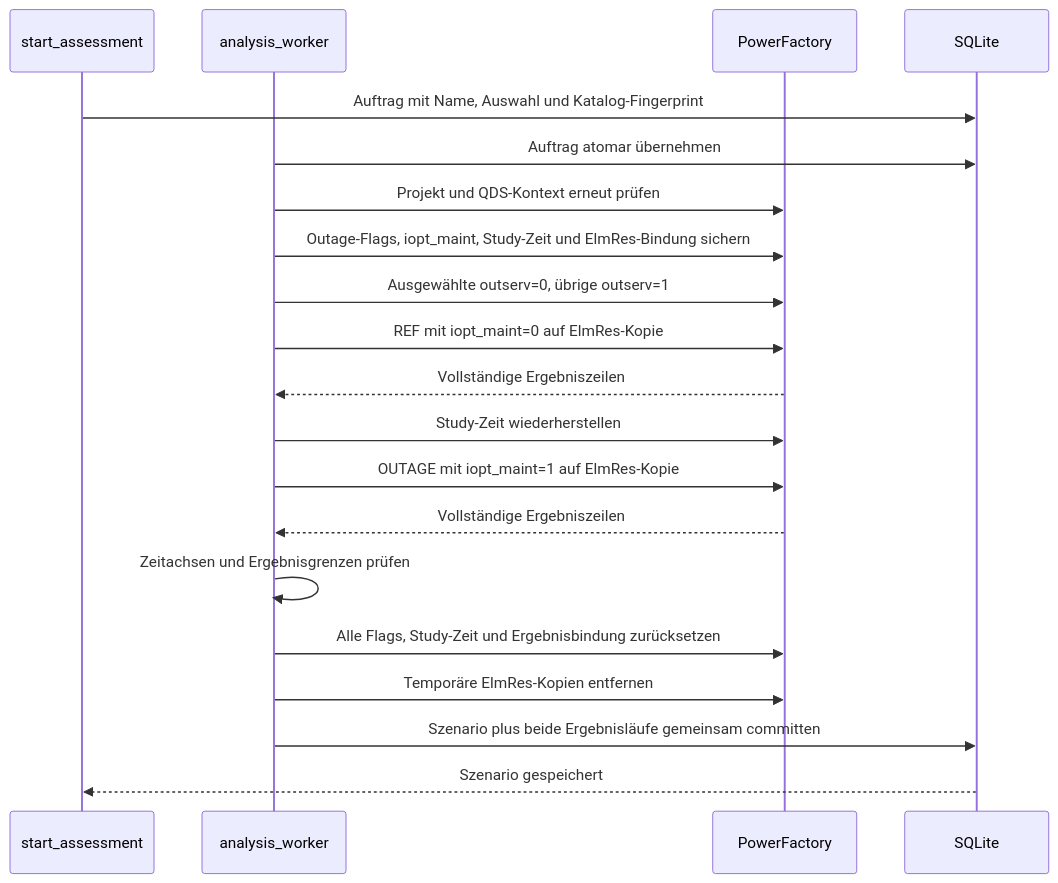
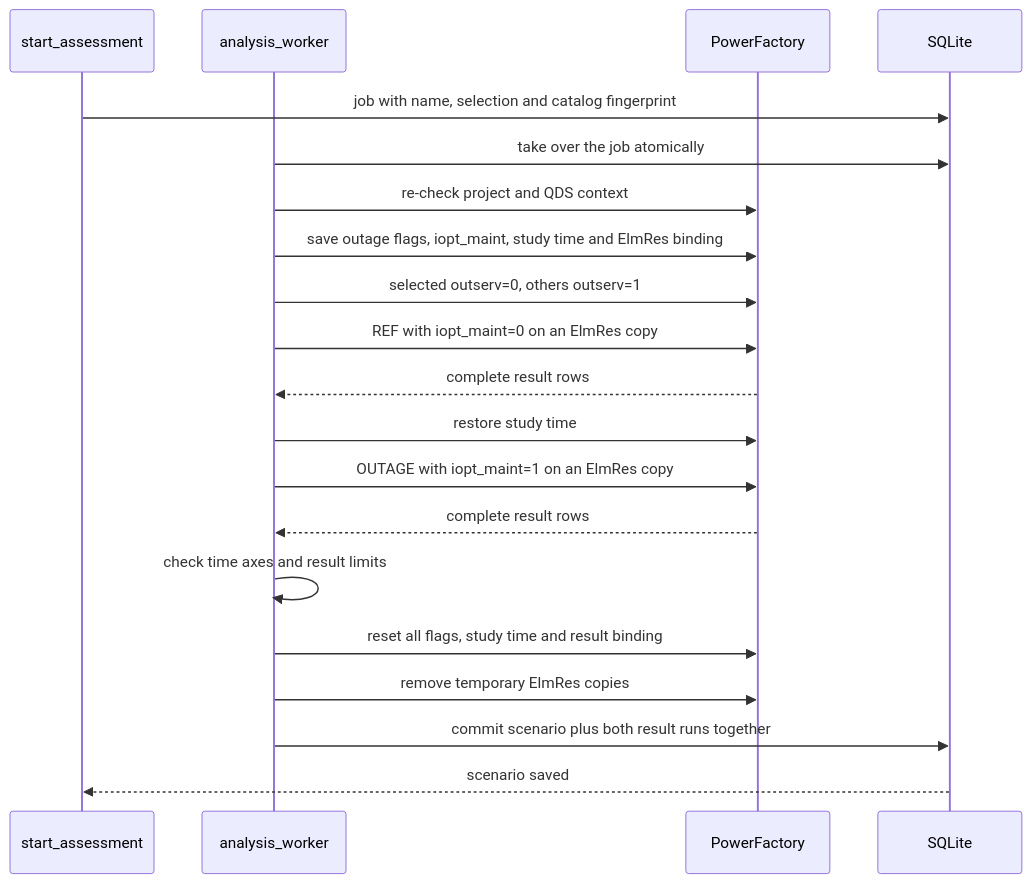
Before and after one commit to hadiibrahim-Engin/nahriva-grid-analysis: the third of 11 diagrams in BIG_PICTURE.md, drawn with Mermaid. The commit also changed other lines of this file and 186 other files, not shown here.

````diff
--- a/BIG_PICTURE.md
+++ b/BIG_PICTURE.md
@@ -102,22 +93,22 @@
 ```mermaid
 sequenceDiagram
     participant Batch as start_assessment
     participant Worker as analysis_worker
     participant PF as PowerFactory
     participant DB as SQLite
-    Batch->>DB: Auftrag mit Name, Auswahl und Katalog-Fingerprint
-    Worker->>DB: Auftrag atomar übernehmen
-    Worker->>PF: Projekt und QDS-Kontext erneut prüfen
-    Worker->>PF: Outage-Flags, iopt_maint, Study-Zeit und ElmRes-Bindung sichern
-    Worker->>PF: Ausgewählte outserv=0, übrige outserv=1
-    Worker->>PF: REF mit iopt_maint=0 auf ElmRes-Kopie
-    PF-->>Worker: Vollständige Ergebniszeilen
-    Worker->>PF: Study-Zeit wiederherstellen
-    Worker->>PF: OUTAGE mit iopt_maint=1 auf ElmRes-Kopie
-    PF-->>Worker: Vollständige Ergebniszeilen
-    Worker->>Worker: Zeitachsen und Ergebnisgrenzen prüfen
-    Worker->>PF: Alle Flags, Study-Zeit und Ergebnisbindung zurücksetzen
-    Worker->>PF: Temporäre ElmRes-Kopien entfernen
-    Worker->>DB: Szenario plus beide Ergebnisläufe gemeinsam committen
-    DB-->>Batch: Szenario gespeichert
+    Batch->>DB: job with name, selection and catalog fingerprint
+    Worker->>DB: take over the job atomically
+    Worker->>PF: re-check project and QDS context
+    Worker->>PF: save outage flags, iopt_maint, study time and ElmRes binding
+    Worker->>PF: selected outserv=0, others outserv=1
+    Worker->>PF: REF with iopt_maint=0 on an ElmRes copy
+    PF-->>Worker: complete result rows
+    Worker->>PF: restore study time
+    Worker->>PF: OUTAGE with iopt_maint=1 on an ElmRes copy
+    PF-->>Worker: complete result rows
+    Worker->>Worker: check time axes and result limits
+    Worker->>PF: reset all flags, study time and result binding
+    Worker->>PF: remove temporary ElmRes copies
+    Worker->>DB: commit scenario plus both result runs together
+    DB-->>Batch: scenario saved
 ```
````
